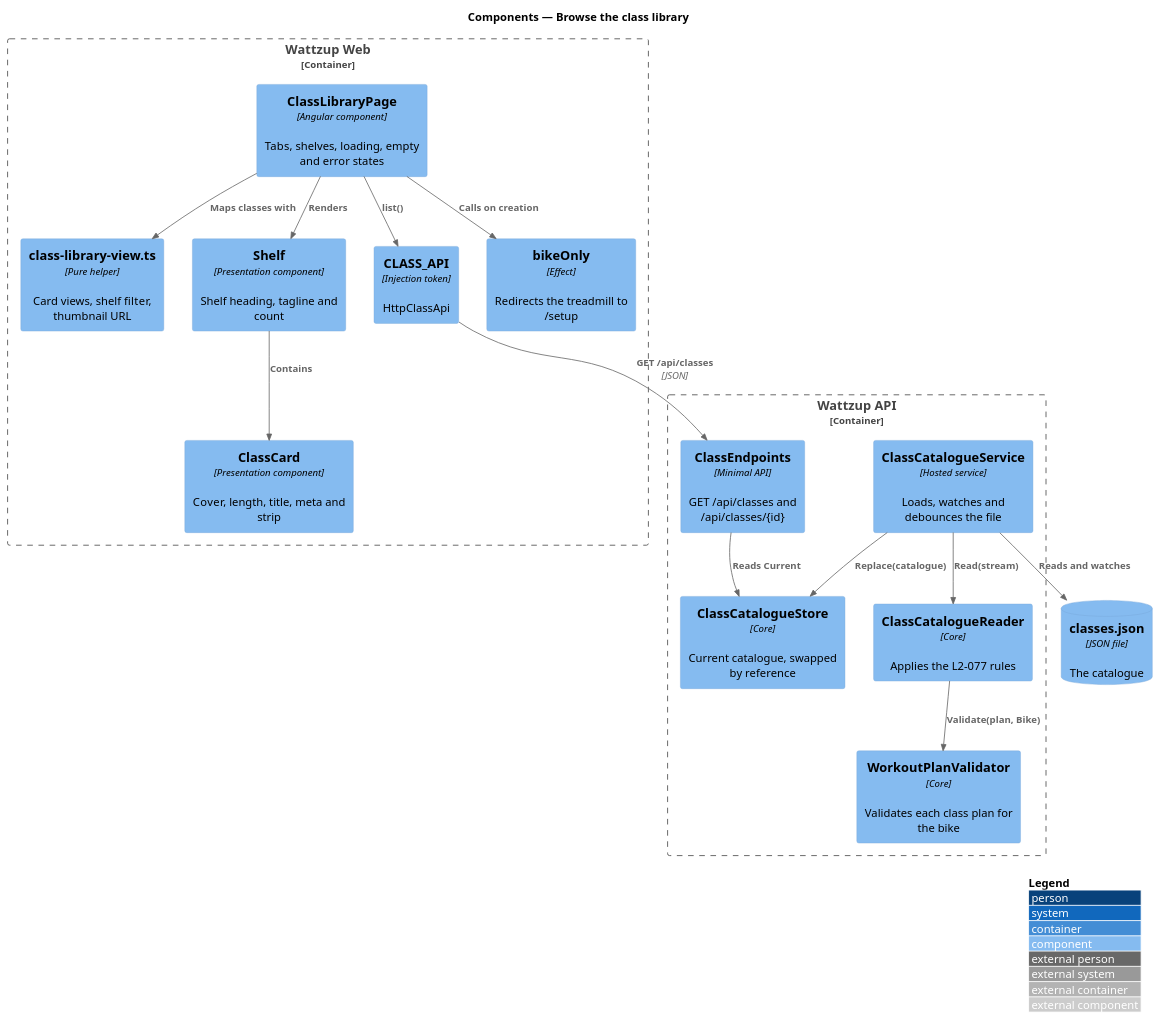
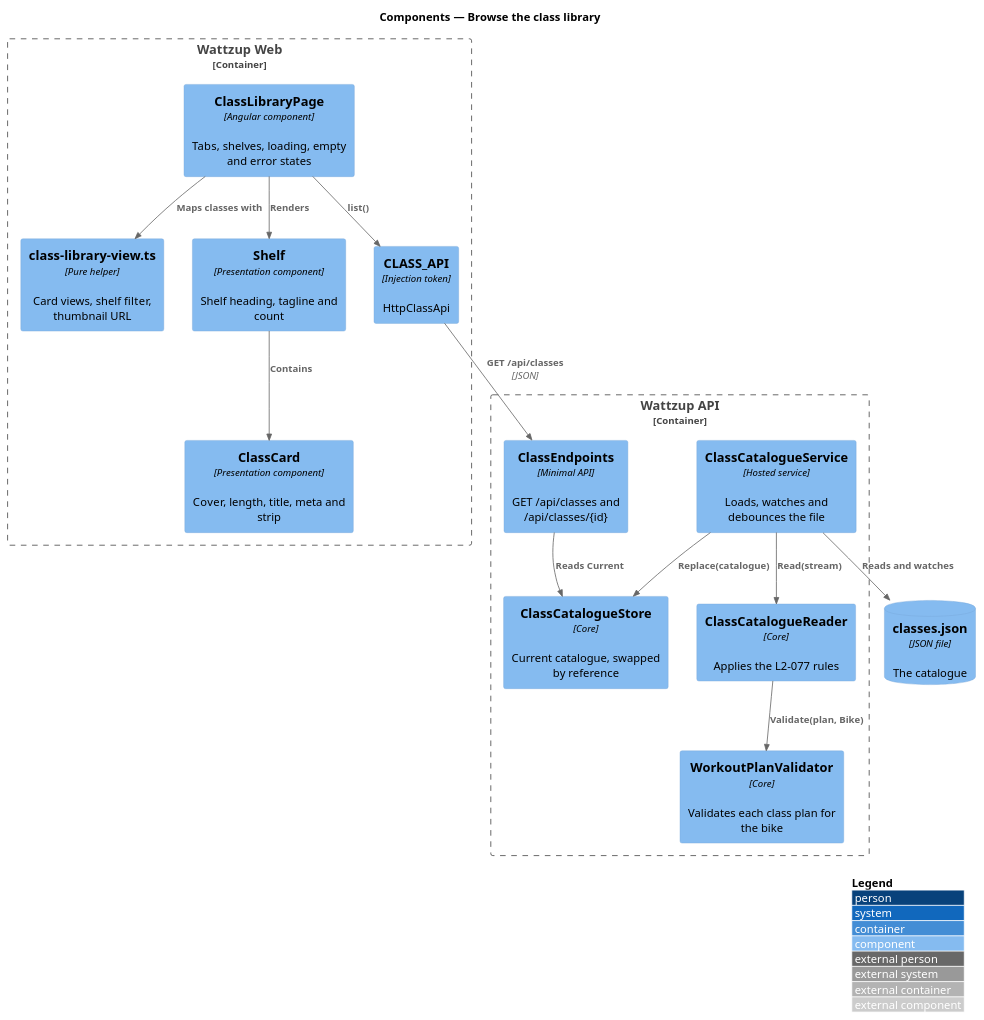
Before and after one commit to QuinntyneBrown/ride-one: the diagram in docs/detailed-designs/classes/browse-classes/diagrams/c4-component.puml, drawn with PlantUML. The commit also changed 225 other files, not shown here.

First line of the commit message:
Scope the docs to the bike only (ADR 0016)

```diff
--- a/docs/detailed-designs/classes/browse-classes/diagrams/c4-component.puml
+++ b/docs/detailed-designs/classes/browse-classes/diagrams/c4-component.puml
@@ -1,34 +1,32 @@
 @startuml
 !include <C4/C4_Component>
 LAYOUT_WITH_LEGEND()
 title Components — Browse the class library
 
 Container_Boundary(web, "Wattzup Web") {
   Component(page, "ClassLibraryPage", "Angular component", "Tabs, shelves, loading, empty and error states")
   Component(view, "class-library-view.ts", "Pure helper", "Card views, shelf filter, thumbnail URL")
   Component(shelf, "Shelf", "Presentation component", "Shelf heading, tagline and count")
   Component(card, "ClassCard", "Presentation component", "Cover, length, title, meta and strip")
   Component(token, "CLASS_API", "Injection token", "HttpClassApi")
-  Component(guard, "bikeOnly", "Effect", "Redirects the treadmill to /setup")
 }
 Container_Boundary(api, "Wattzup API") {
   Component(ep, "ClassEndpoints", "Minimal API", "GET /api/classes and /api/classes/{id}")
   Component(svc, "ClassCatalogueService", "Hosted service", "Loads, watches and debounces the file")
   Component(reader, "ClassCatalogueReader", "Core", "Applies the L2-077 rules")
   Component(validator, "WorkoutPlanValidator", "Core", "Validates each class plan for the bike")
   Component(store, "ClassCatalogueStore", "Core", "Current catalogue, swapped by reference")
 }
 ComponentDb(file, "classes.json", "JSON file", "The catalogue")
 
 Rel(page, token, "list()")
 Rel(token, ep, "GET /api/classes", "JSON")
 Rel(page, view, "Maps classes with")
 Rel(page, shelf, "Renders")
 Rel(shelf, card, "Contains")
-Rel(page, guard, "Calls on creation")
 Rel(ep, store, "Reads Current")
 Rel(svc, file, "Reads and watches")
 Rel(svc, reader, "Read(stream)")
 Rel(reader, validator, "Validate(plan, Bike)")
 Rel(svc, store, "Replace(catalogue)")
 @enduml
```
